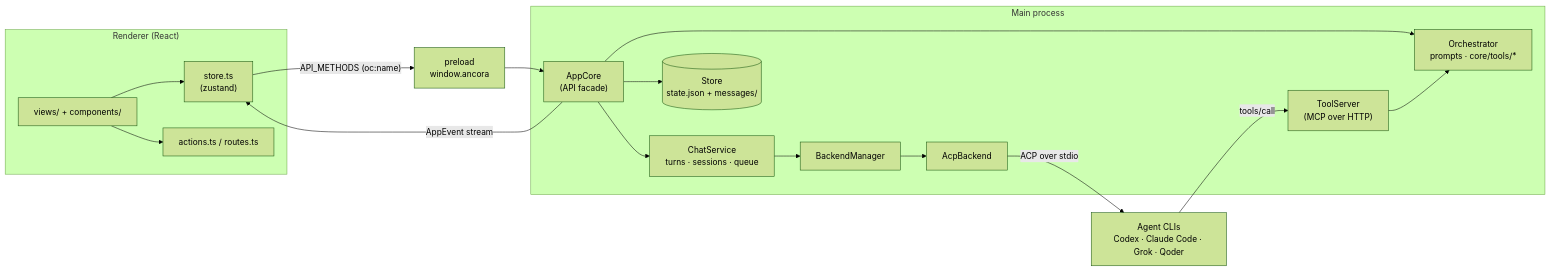
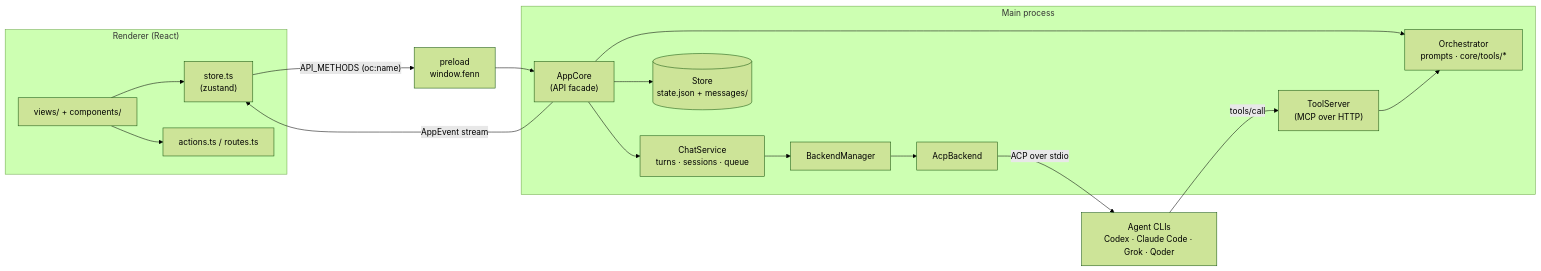
One commit to goldenfox2025/fenn-code changed the first of 3 diagrams in docs/ARCHITECTURE.md. Above: the diagram before and after it, drawn with Mermaid (forest theme). The commit also changed other lines of this file and 72 other files, not shown here.

Commit message:
Rename Ancora to Fenn Code: app, installer and zip names, window and UI text, docs, preload global and FENN_ variables; data, secrets, ANCORA_ variables and an existing Documents/Ancora folder carry over

````diff
--- a/docs/ARCHITECTURE.md
+++ b/docs/ARCHITECTURE.md
@@ -5,24 +5,24 @@
 ```mermaid
 flowchart LR
   subgraph R["Renderer (React)"]
     V["views/ + components/"] --> ST["store.ts<br/>(zustand)"]
     V --> ACT["actions.ts / routes.ts"]
   end
-  PRE["preload<br/>window.ancora"]
+  PRE["preload<br/>window.fenn"]
   subgraph M["Main process"]
     CORE["AppCore<br/>(API facade)"]
     CHAT["ChatService<br/>turns · sessions · queue"]
     ORCH["Orchestrator<br/>prompts · core/tools/*"]
     STORE[("Store<br/>state.json + messages/")]
     TS["ToolServer<br/>(MCP over HTTP)"]
     BM["BackendManager"]
     ACP["AcpBackend"]
   end
   AG["Agent CLIs<br/>Codex · Claude Code · Grok · Qoder"]
 
   ST -- "API_METHODS (oc:name)" --> PRE --> CORE
   CORE -- "AppEvent stream" --> ST
   CORE --> CHAT & ORCH & STORE
   CHAT --> BM --> ACP -- "ACP over stdio" --> AG
   AG -- "tools/call" --> TS --> ORCH
 ```
````
